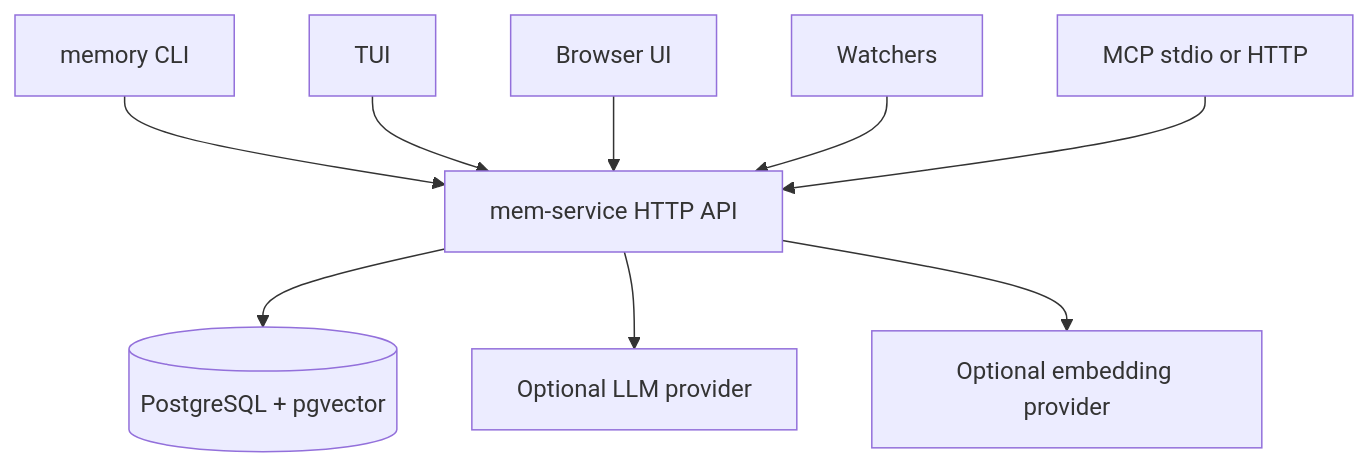
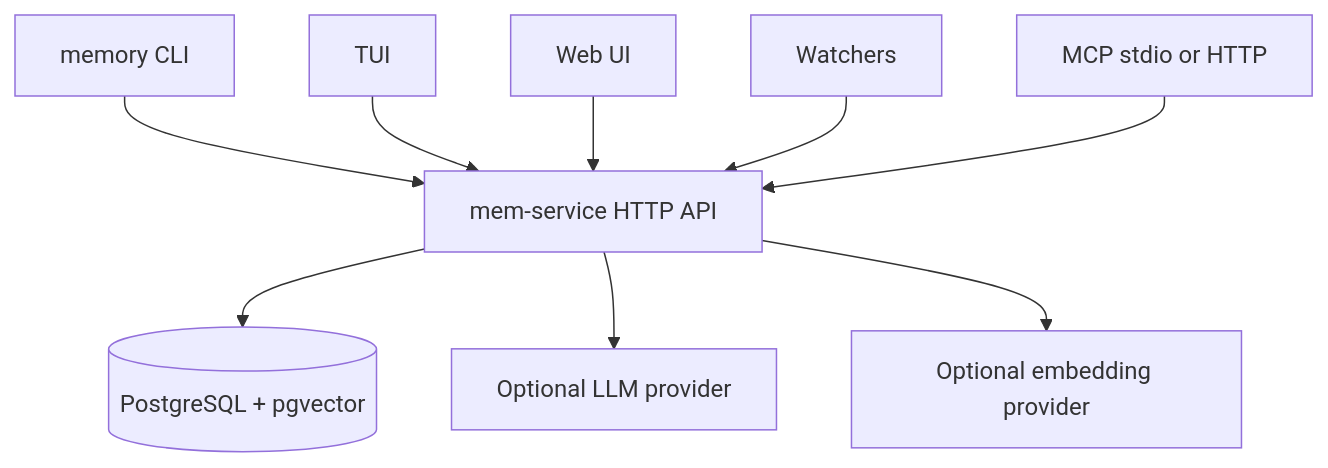
Before and after one commit to 3vilM33pl3/memory: the diagram in docs-site/content/docs/how-it-works/runtime-topology.mdx, drawn with Mermaid. The commit also changed other lines of this file and 25 other files, not shown here.

````diff
--- a/docs-site/content/docs/how-it-works/runtime-topology.mdx
+++ b/docs-site/content/docs/how-it-works/runtime-topology.mdx
@@ -10,11 +10,11 @@
 ```mermaid
 flowchart TB
     CLI[memory CLI] --> API[mem-service HTTP API]
     TUI[TUI] --> API
-    WEB[Browser UI] --> API
+    WEB[Web UI] --> API
     WATCH[Watchers] --> API
     MCP[MCP stdio or HTTP] --> API
     API --> DB[(PostgreSQL + pgvector)]
     API --> LLM[Optional LLM provider]
     API --> EMB[Optional embedding provider]
 ```
````
